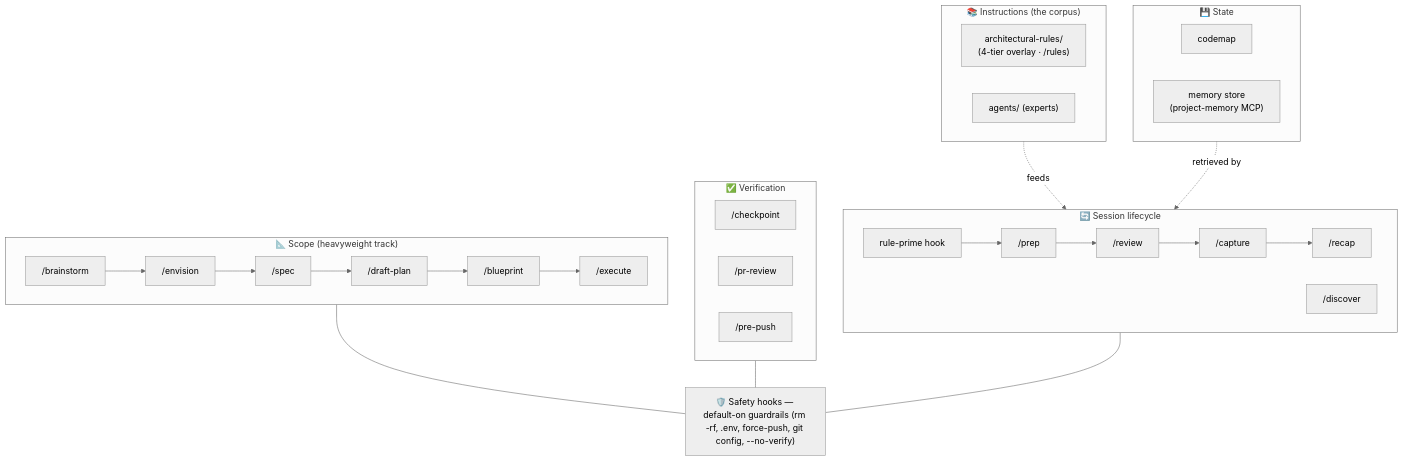
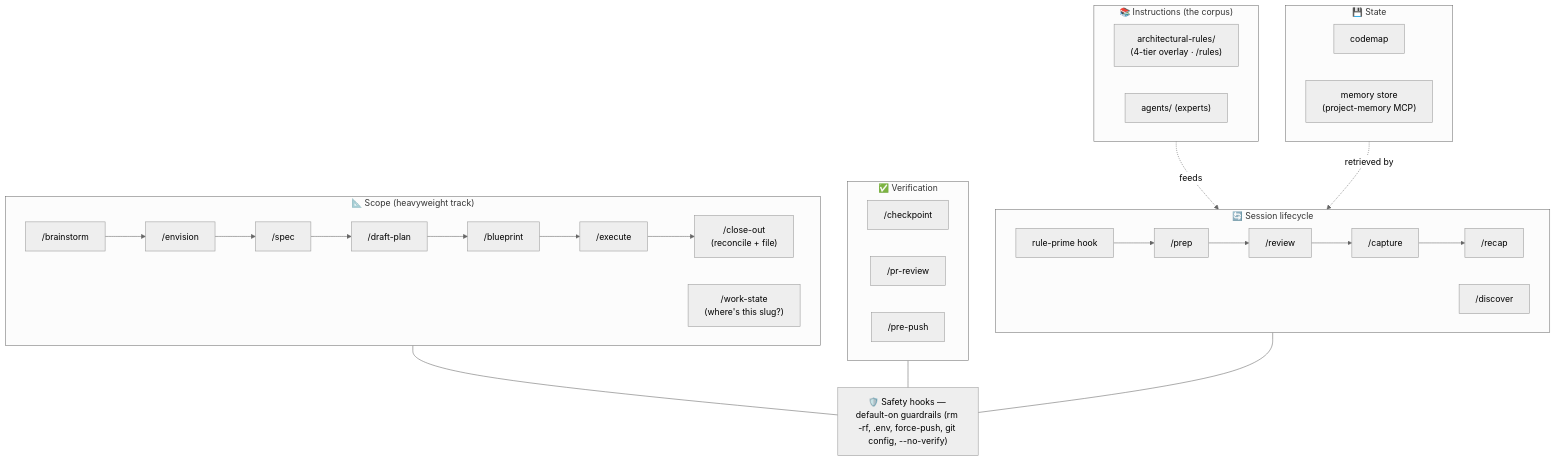
Before and after one commit to AcKeskin/contexture: the second of 3 diagrams in README.md, drawn with Mermaid (neutral theme). The commit also changed other lines of this file and 93 other files, not shown here.

Commit message:
Codemap: build-output denoise + honest folder summaries; sequence diagrams + richer module map; TypeScript/C# call-edge type resolution. Plus the session scope-boundary guard.

````diff
--- a/README.md
+++ b/README.md
@@ -105,32 +105,33 @@
 ```mermaid
 flowchart TB
     subgraph SL["🔄 Session lifecycle"]
       direction LR
       primehook["rule-prime hook"] --> prep["/prep"] --> review["/review"] --> capture["/capture"] --> recap["/recap"]
       discover["/discover"]
     end
     subgraph SC["📐 Scope (heavyweight track)"]
       direction LR
-      brainstorm["/brainstorm"] --> envision["/envision"] --> spec["/spec"] --> plan["/draft-plan"] --> blueprint["/blueprint"] --> exec["/execute"]
+      brainstorm["/brainstorm"] --> envision["/envision"] --> spec["/spec"] --> plan["/draft-plan"] --> blueprint["/blueprint"] --> exec["/execute"] --> closeout["/close-out<br/>(reconcile + file)"]
+      workstate["/work-state<br/>(where's this slug?)"]
     end
     subgraph VER["✅ Verification"]
       direction LR
       checkpoint["/checkpoint"]
       prr["/pr-review"]
       pp["/pre-push"]
     end
     subgraph INST["📚 Instructions (the corpus)"]
       rules["architectural-rules/<br/>(4-tier overlay · /rules)"]
       agents["agents/ (experts)"]
     end
     subgraph STATE["💾 State"]
       codemap["codemap"]
       mem["memory store<br/>(project-memory MCP)"]
     end
     HOOKS["🛡️ Safety hooks — default-on guardrails (rm -rf, .env, force-push, git config, --no-verify)"]
     INST -.feeds.-> SL
     STATE -.retrieved by.-> discover
     SL --- HOOKS
     SC --- HOOKS
     VER --- HOOKS
 ```
````
